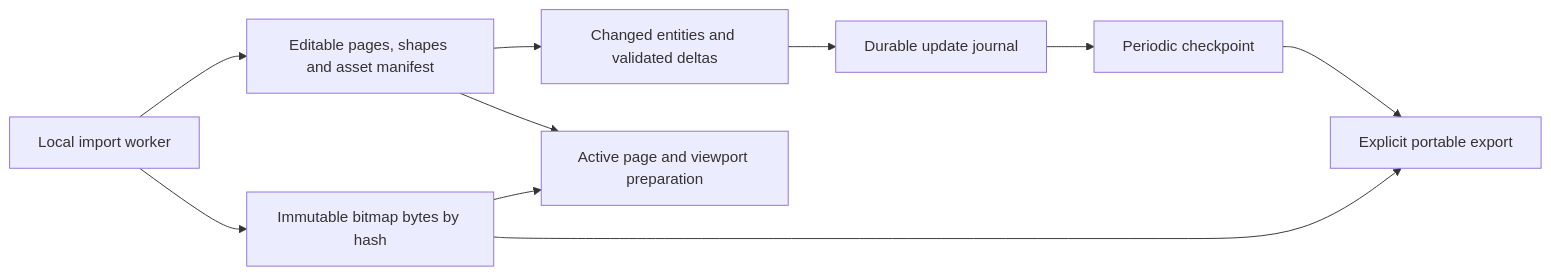
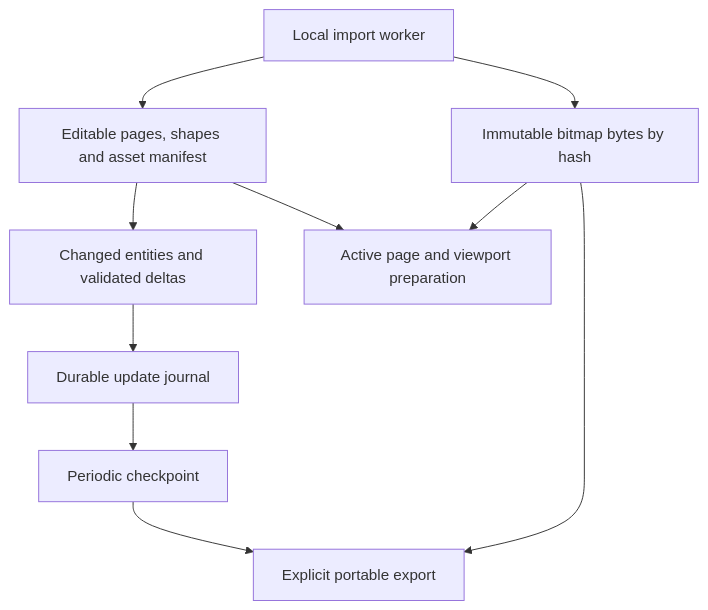
Before and after one commit to Dindb-dong/oh-my-canvas: the diagram in docs/DESIGN_FILE_IMPORT.md, drawn with Mermaid. The commit also changed other lines of this file and 88 other files, not shown here.

````diff
--- a/docs/DESIGN_FILE_IMPORT.md
+++ b/docs/DESIGN_FILE_IMPORT.md
@@ -107,12 +141,12 @@
 ```mermaid
-flowchart LR
+flowchart TB
   Import[Local import worker] --> Manifest[Editable pages, shapes and asset manifest]
   Import --> Blobs[Immutable bitmap bytes by hash]
   Manifest --> Edit[Changed entities and validated deltas]
   Edit --> Journal[Durable update journal]
   Journal --> Checkpoint[Periodic checkpoint]
   Manifest --> View[Active page and viewport preparation]
   Blobs --> View
   Checkpoint --> Portable[Explicit portable export]
   Blobs --> Portable
 ```
````
